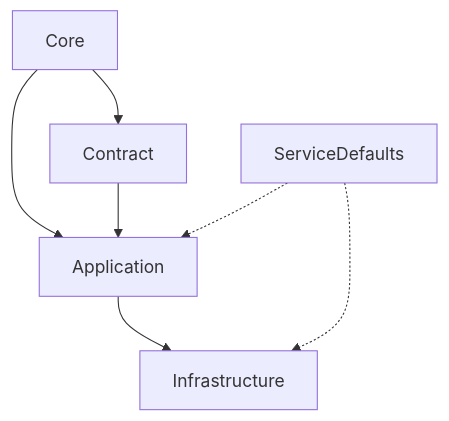
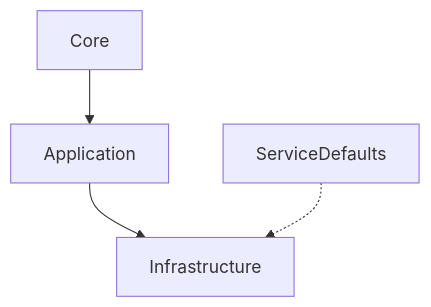
The diagram in src/README.md (qingfa-dev/qingfa-shop), drawn with Mermaid before and after one commit. The commit also changed other lines of this file and 6 other files, not shown here.

````diff
--- a/src/README.md
+++ b/src/README.md
@@ -63,9 +59,6 @@
 ```mermaid
 graph TD
-    Core[Core] --> Contract[Contract]
-    Core --> Application[Application]
-    Contract --> Application
+    Core[Core] --> Application[Application]
     Application --> Infrastructure[Infrastructure]
     ServiceDefaults[ServiceDefaults] -.-> Infrastructure
-    ServiceDefaults -.-> Application
 ```
````
